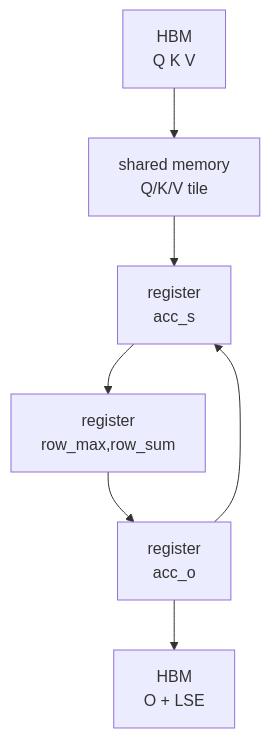
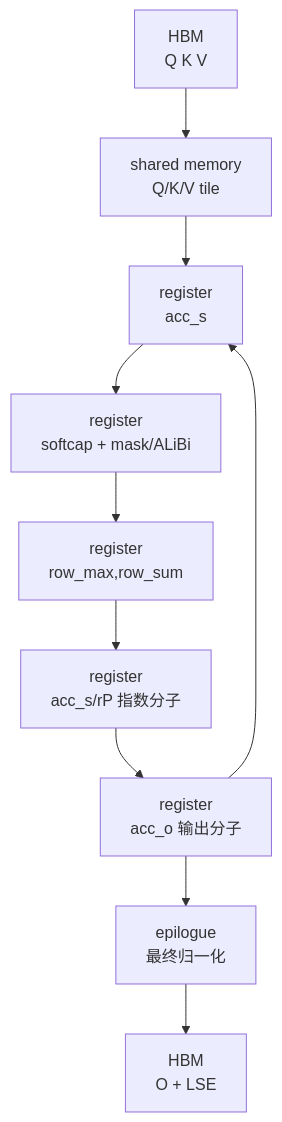
Before and after one commit to OnlyHero5/sglang-reading-vault: the second of 2 diagrams in flash-attn_reading/原理基础/Attention-IO/FlashAttention-Attention-IO-数据流.md, drawn with Mermaid. The commit also changed other lines of this file and 512 other files, not shown here.

````diff
--- a/flash-attn_reading/原理基础/Attention-IO/FlashAttention-Attention-IO-数据流.md
+++ b/flash-attn_reading/原理基础/Attention-IO/FlashAttention-Attention-IO-数据流.md
@@ -37,11 +37,14 @@
 ```mermaid
 flowchart TB
     HBM_IN["HBM<br/>Q K V"]
     SMEM["shared memory<br/>Q/K/V tile"]
     SCORE["register<br/>acc_s"]
+    MODIFY["register<br/>softcap + mask/ALiBi"]
     SOFTMAX["register<br/>row_max,row_sum"]
-    ACCO["register<br/>acc_o"]
+    WEIGHT["register<br/>acc_s/rP 指数分子"]
+    ACCO["register<br/>acc_o 输出分子"]
+    NORM["epilogue<br/>最终归一化"]
     HBM_OUT["HBM<br/>O + LSE"]
-    HBM_IN --> SMEM --> SCORE --> SOFTMAX --> ACCO --> HBM_OUT
+    HBM_IN --> SMEM --> SCORE --> MODIFY --> SOFTMAX --> WEIGHT --> ACCO --> NORM --> HBM_OUT
     ACCO --> SCORE
 ```
````
